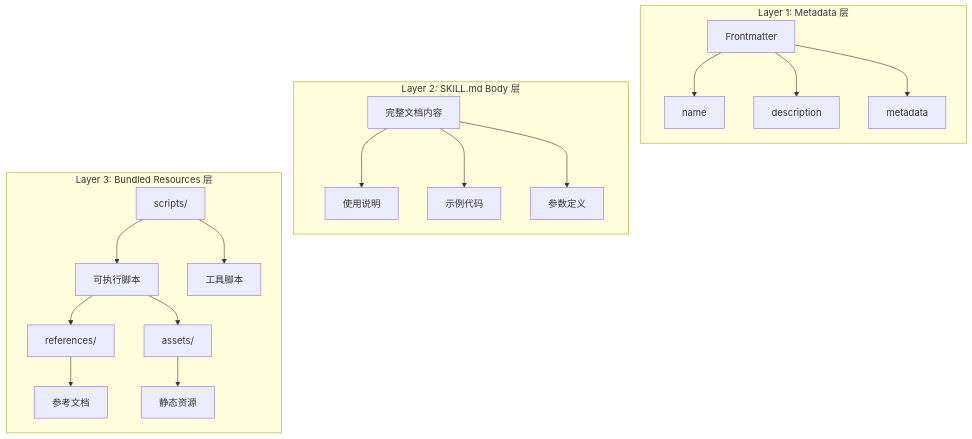
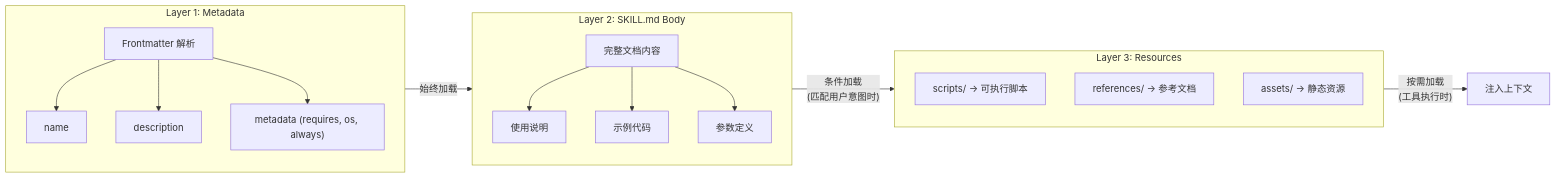
Before and after one commit to caicongyang/bloger: the second of 11 diagrams in openclaw/AGENT_RUNTIME.md, drawn with Mermaid. The commit also changed other lines of this file and 13 other files, not shown here.

````diff
--- a/openclaw/AGENT_RUNTIME.md
+++ b/openclaw/AGENT_RUNTIME.md
@@ -257,26 +176,26 @@
 ```mermaid
-graph TB
-    subgraph "Layer 1: Metadata 层"
-        M1[Frontmatter] --> M2[name]
-        M1 --> M3[description]
-        M1 --> M4[metadata]
+flowchart LR
+    subgraph L1 [Layer 1: Metadata]
+        F[Frontmatter 解析]
+        F --> N[name]
+        F --> D[description]
+        F --> M["metadata (requires, os, always)"]
     end
-    
-    subgraph "Layer 2: SKILL.md Body 层"
-        B1[完整文档内容] --> B2[使用说明]
-        B1 --> B3[示例代码]
-        B1 --> B4[参数定义]
+
+    subgraph L2 [Layer 2: SKILL.md Body]
+        B[完整文档内容]
+        B --> U[使用说明]
+        B --> E[示例代码]
+        B --> P[参数定义]
     end
-    
-    subgraph "Layer 3: Bundled Resources 层"
-        R1[scripts/] --> R2[可执行脚本]
-        R1 --> R3[工具脚本]
-        R2 --> R4[references/]
-        R4 --> R5[参考文档]
-        R2 --> R6[assets/]
-        R6 --> R7[静态资源]
+
+    subgraph L3 [Layer 3: Resources]
+        R["scripts/ → 可执行脚本"]
+        R2["references/ → 参考文档"]
+        R3["assets/ → 静态资源"]
     end
-    
-    M1 ~~~ B1
-    B1 ~~~ R1
+
+    L1 -->|"始终加载"| L2
+    L2 -->|"条件加载\n(匹配用户意图时)"| L3
+    L3 -->|"按需加载\n(工具执行时)"| OUT[注入上下文]
 ```
````
